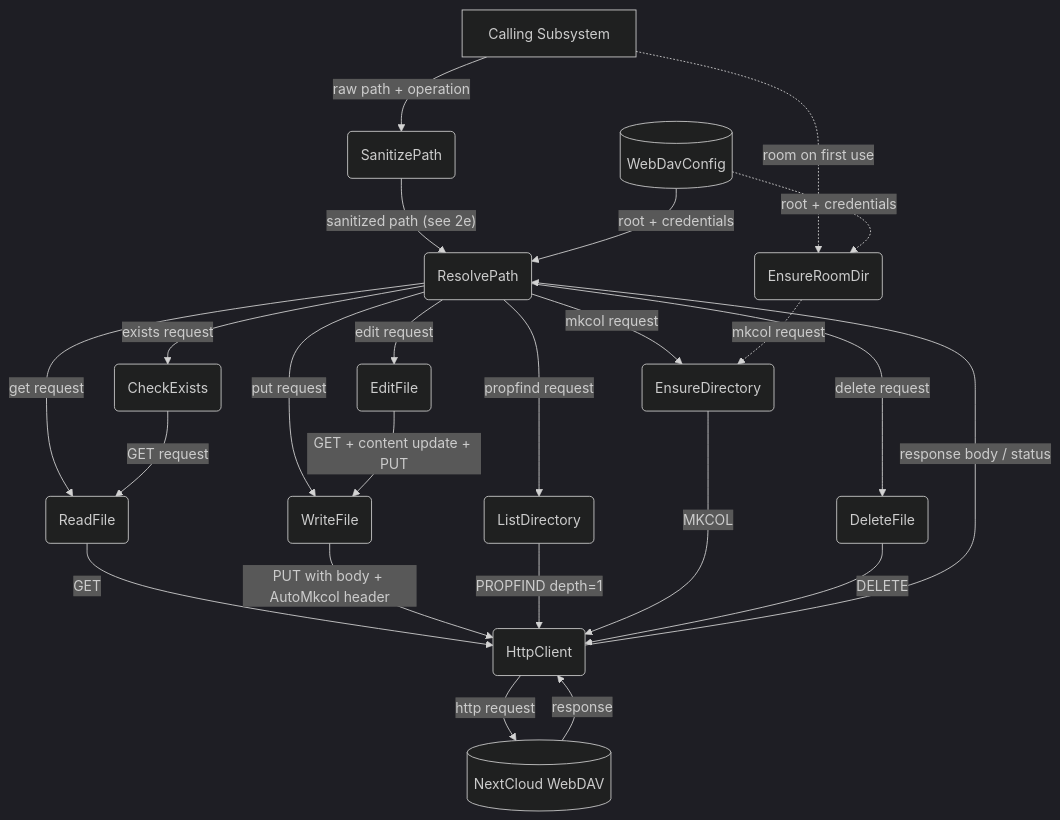
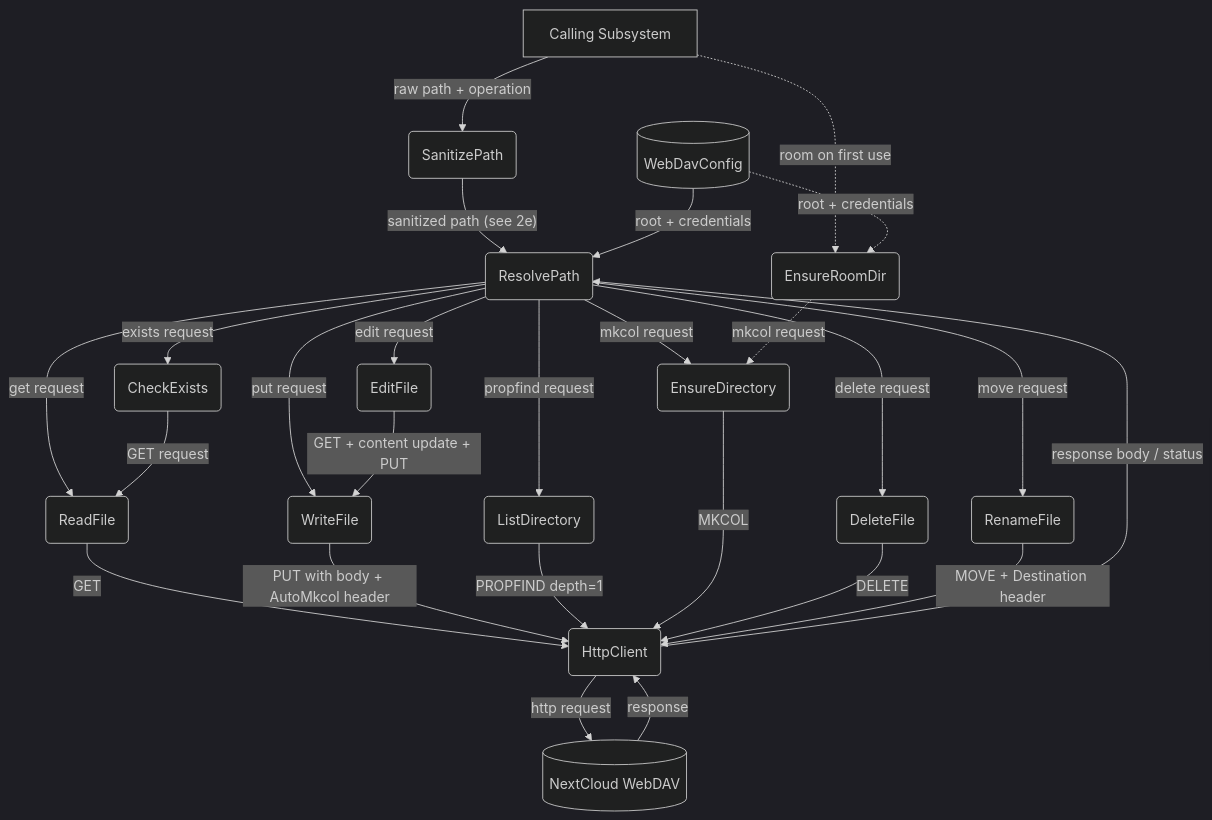
Before and after one commit to cosmoswafer/rockbot: the first of 5 diagrams in _dfd/tools/webdav.md, drawn with Mermaid (dark theme). The commit also changed other lines of this file and 3 other files, not shown here.

First line of the commit message:
feat: add webdav rename/move action using HTTP MOVE

````diff
--- a/_dfd/tools/webdav.md
+++ b/_dfd/tools/webdav.md
@@ -48,41 +48,44 @@
 ```mermaid
 flowchart TD
     CALLER[Calling Subsystem]
     CFG[(WebDavConfig)]
     SANITIZE(SanitizePath)
     RESOLVE(ResolvePath)
     READ(ReadFile)
     WRITE(WriteFile)
     LIST(ListDirectory)
     MKDIR(EnsureDirectory)
     DELETE(DeleteFile)
     EDIT(EditFile)
     EXISTS(CheckExists)
+    RENAME(RenameFile)
     ENSURE(EnsureRoomDir)
     HTTP(HttpClient)
     NC[(NextCloud WebDAV)]
 
     CALLER -->|"raw path + operation"| SANITIZE
     SANITIZE -->|"sanitized path (see 2e)"| RESOLVE
     CALLER -.->|"room on first use"| ENSURE
     CFG -->|"root + credentials"| RESOLVE
     CFG -.->|"root + credentials"| ENSURE
     RESOLVE -->|"get request"| READ
     RESOLVE -->|"put request"| WRITE
     RESOLVE -->|"propfind request"| LIST
     RESOLVE -->|"mkcol request"| MKDIR
     RESOLVE -->|"delete request"| DELETE
     RESOLVE -->|"edit request"| EDIT
     RESOLVE -->|"exists request"| EXISTS
+    RESOLVE -->|"move request"| RENAME
     EDIT -->|"GET + content update + PUT"| WRITE
     EXISTS -->|"GET request"| READ
     ENSURE -.->|"mkcol request"| MKDIR
     READ -->|"GET"| HTTP
     WRITE -->|"PUT with body + AutoMkcol header"| HTTP
     LIST -->|"PROPFIND depth=1"| HTTP
     MKDIR -->|"MKCOL"| HTTP
     DELETE -->|"DELETE"| HTTP
+    RENAME -->|"MOVE + Destination header"| HTTP
     HTTP -->|"http request"| NC
     NC -->|"response"| HTTP
     HTTP -->|"response body / status"| RESOLVE
 ```
````
